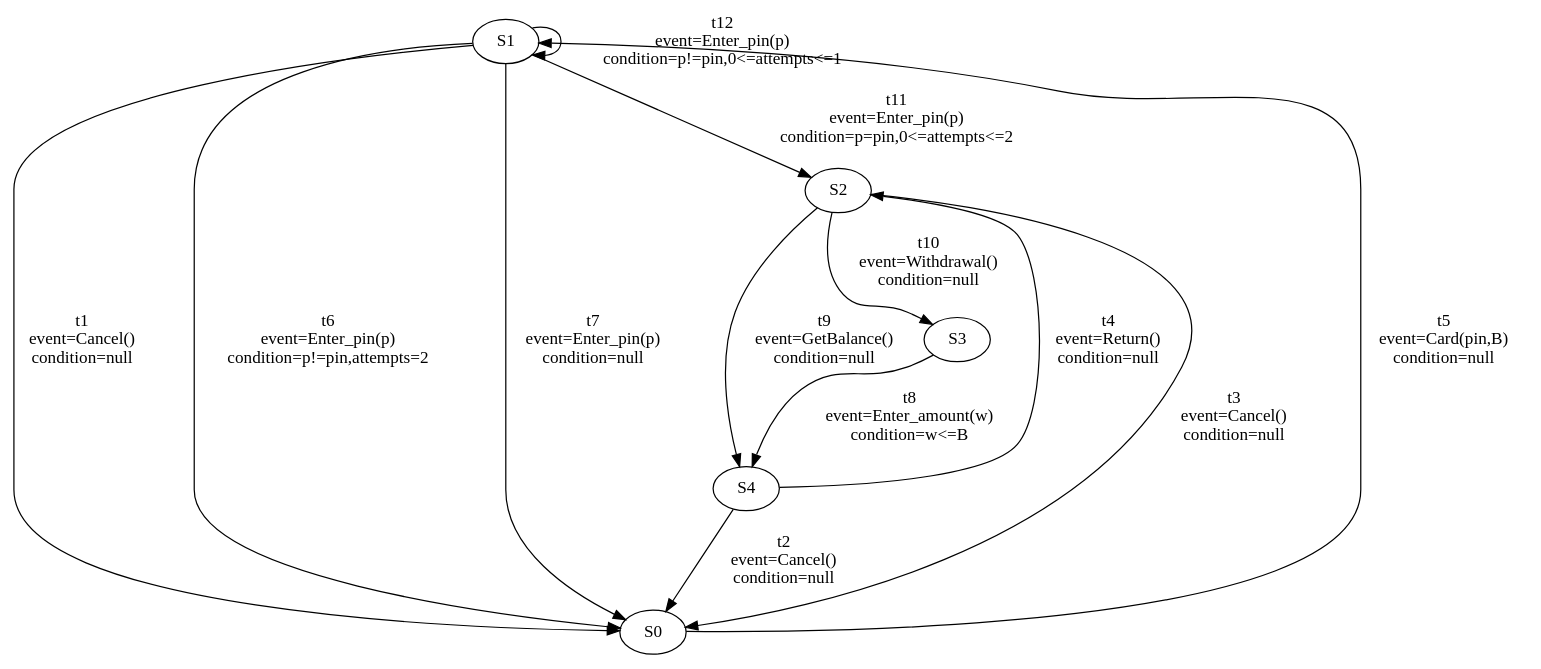
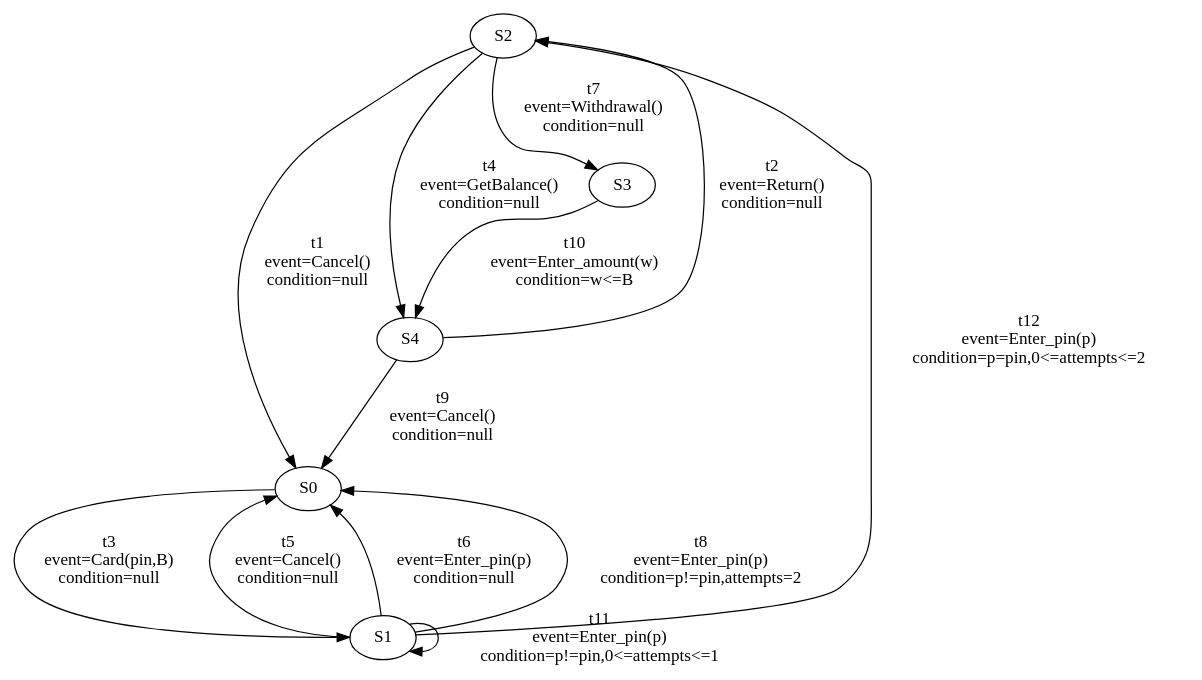
One commit to Catxiaobai/project changed the diagram in file/result1.dot. Above: the diagram before and after it, drawn with Graphviz. The commit also changed 39 other files, not shown here.

```diff
--- a/file/result1.dot
+++ b/file/result1.dot
@@ -1,38 +1,38 @@
 digraph g {
- S1 -> S0 [ label="t1
+ S2 -> S0 [ label="t1
 event=Cancel()
 condition=null" ];
- S4 -> S0 [ label="t2
-event=Cancel()
-condition=null" ];
- S2 -> S0 [ label="t3
-event=Cancel()
-condition=null" ];
- S4 -> S2 [ label="t4
+ S4 -> S2 [ label="t2
 event=Return()
 condition=null" ];
- S0 -> S1 [ label="t5
+ S0 -> S1 [ label="t3
 event=Card(pin,B)
+condition=null" ];
+ S2 -> S4 [ label="t4
+event=GetBalance()
+condition=null" ];
+ S1 -> S0 [ label="t5
+event=Cancel()
 condition=null" ];
  S1 -> S0 [ label="t6
 event=Enter_pin(p)
+condition=null" ];
+ S2 -> S3 [ label="t7
+event=Withdrawal()
+condition=null" ];
+ S1 -> S0 [ label="t8
+event=Enter_pin(p)
 condition=p!=pin,attempts=2" ];
- S1 -> S0 [ label="t7
-event=Enter_pin(p)
+ S4 -> S0 [ label="t9
+event=Cancel()
 condition=null" ];
- S3 -> S4 [ label="t8
+ S3 -> S4 [ label="t10
 event=Enter_amount(w)
 condition=w<=B" ];
- S2 -> S4 [ label="t9
-event=GetBalance()
-condition=null" ];
- S2 -> S3 [ label="t10
-event=Withdrawal()
-condition=null" ];
- S1 -> S2 [ label="t11
+ S1 -> S1 [ label="t11
+event=Enter_pin(p)
+condition=p!=pin,0<=attempts<=1" ];
+ S1 -> S2 [ label="t12
 event=Enter_pin(p)
 condition=p=pin,0<=attempts<=2" ];
- S1 -> S1 [ label="t12
-event=Enter_pin(p)
-condition=p!=pin,0<=attempts<=1" ];
 }
```
